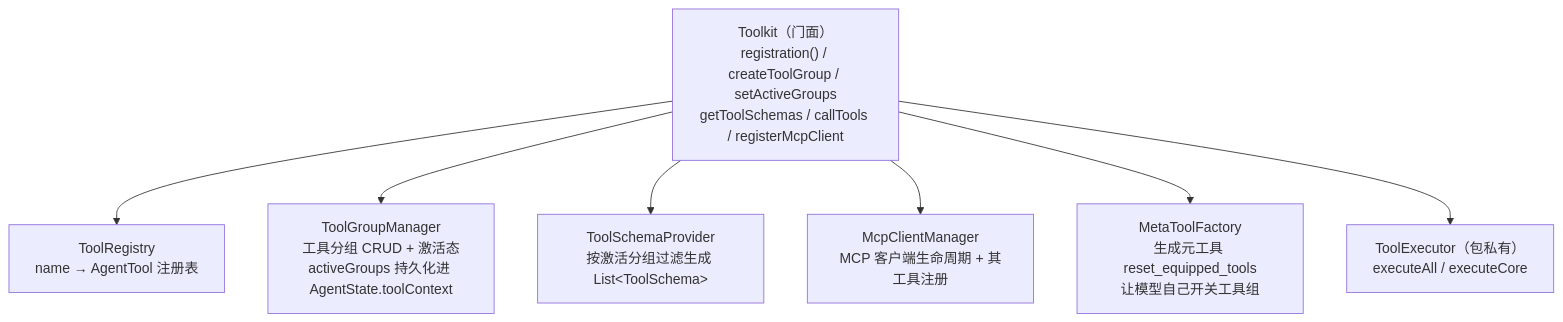
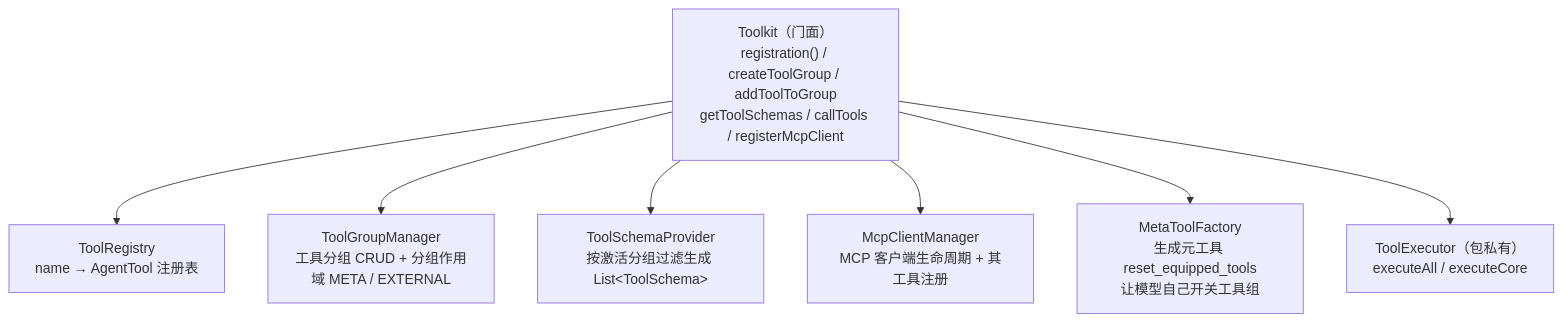
The first of 5 diagrams in 04-工具系统.md (liulangjietou/AgentScope-source-analysis), drawn with Mermaid before and after one commit. The commit also changed other lines of this file, not shown here.

Commit message:
docs(ch04): sync tool system to upstream main 2c503d88

````diff
--- a/04-工具系统.md
+++ b/04-工具系统.md
@@ -10,10 +10,10 @@
 ```mermaid
 flowchart TB
-    TK["Toolkit（门面）<br/>registration() / createToolGroup / setActiveGroups<br/>getToolSchemas / callTools / registerMcpClient"]
+    TK["Toolkit（门面）<br/>registration() / createToolGroup / addToolToGroup<br/>getToolSchemas / callTools / registerMcpClient"]
     TK --> REG["ToolRegistry<br/>name → AgentTool 注册表"]
-    TK --> GRP["ToolGroupManager<br/>工具分组 CRUD + 激活态<br/>activeGroups 持久化进 AgentState.toolContext"]
+    TK --> GRP["ToolGroupManager<br/>工具分组 CRUD + 分组作用域 META / EXTERNAL"]
     TK --> SP["ToolSchemaProvider<br/>按激活分组过滤生成 List&lt;ToolSchema&gt;"]
     TK --> MCPM["McpClientManager<br/>MCP 客户端生命周期 + 其工具注册"]
     TK --> META["MetaToolFactory<br/>生成元工具 reset_equipped_tools<br/>让模型自己开关工具组"]
     TK --> EXEC["ToolExecutor（包私有）<br/>executeAll / executeCore"]
 ```
````
